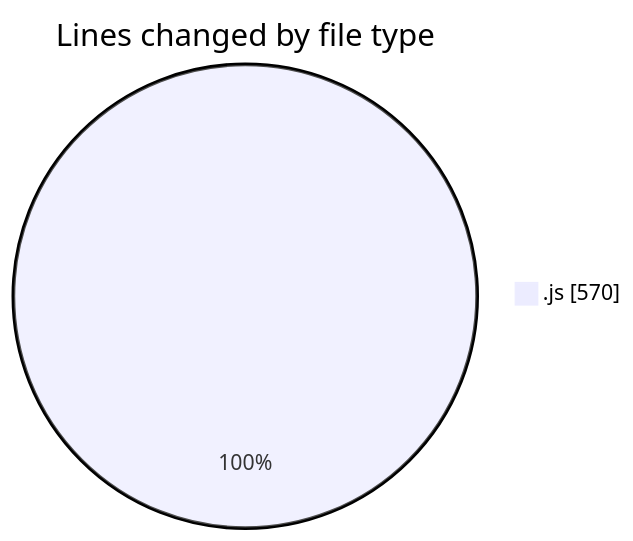
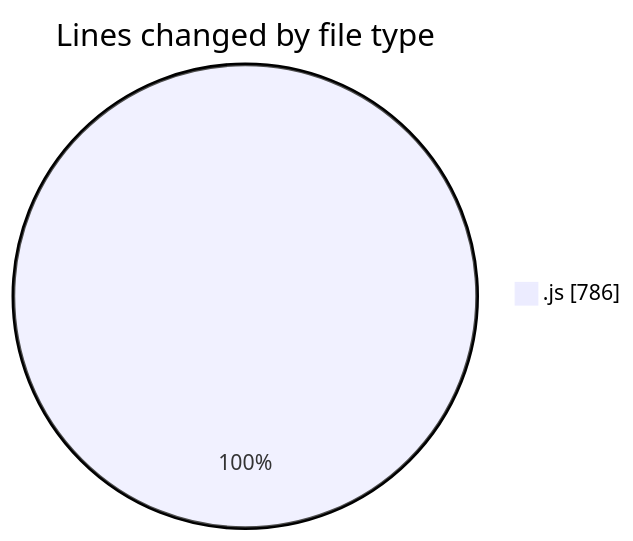
One commit to nxtqubesakshisongat/code-tracking changed the first of 2 diagrams in 2025-10-15/nxtqube_webapp/README.md. Above: the diagram before and after it, drawn with Mermaid. The commit also changed other lines of this file and 1 other file, not shown here.

````diff
--- a/2025-10-15/nxtqube_webapp/README.md
+++ b/2025-10-15/nxtqube_webapp/README.md
@@ -20,5 +20,5 @@
 ```mermaid
 pie showData
 title Lines changed by file type
-".js" : 570
+".js" : 786
 ```
````
